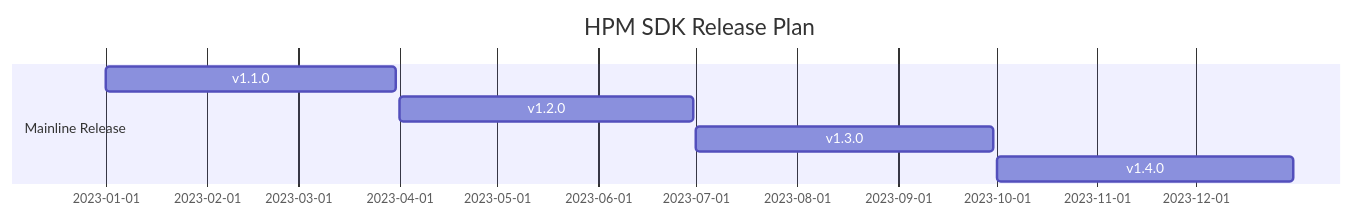
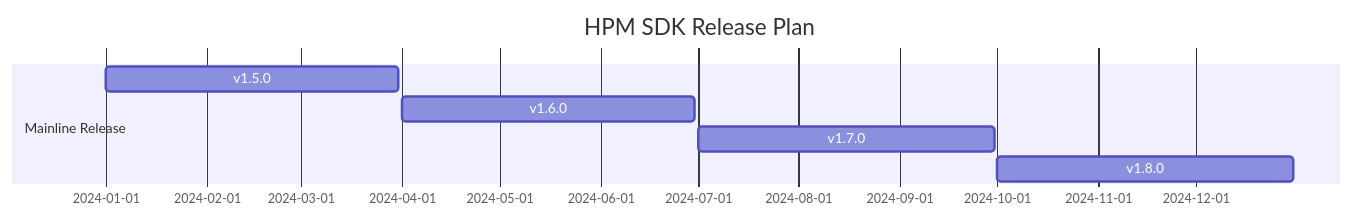
Before and after one commit to hpmicro/rtt-bsp-hpm6750evk: the diagram in common/libraries/hpm_sdk/README.md, drawn with Mermaid. The commit also changed other lines of this file and 4468 other files, not shown here.

````diff
--- a/common/libraries/hpm_sdk/README.md
+++ b/common/libraries/hpm_sdk/README.md
@@ -1,10 +1,10 @@
 ``` mermaid
 gantt
     title HPM SDK Release Plan
     dateFormat  YYYY-MM-DD
     section Mainline Release
-    v1.1.0           :a1, 2023-01-01, 2023-03-31
-    v1.2.0           :a2, 2023-04-01, 2023-06-30
-    v1.3.0           :a3, 2023-07-01, 2023-09-30
-    v1.4.0           :a4, 2023-10-01, 2023-12-31
+    v1.5.0           :a1, 2024-01-01, 2024-03-31
+    v1.6.0           :a2, 2024-04-01, 2024-06-30
+    v1.7.0           :a3, 2024-07-01, 2024-09-30
+    v1.8.0           :a4, 2024-10-01, 2024-12-31
 ```
````
